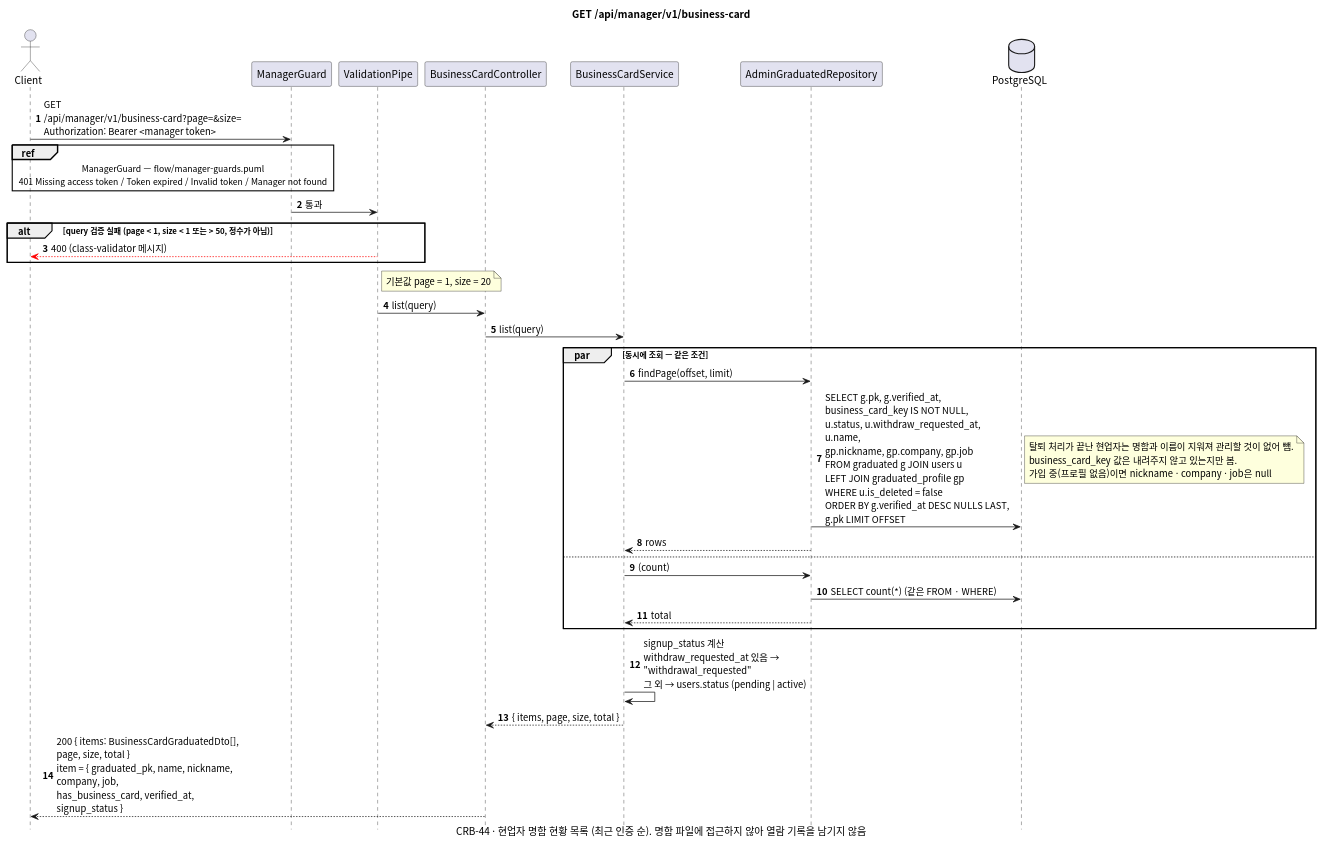
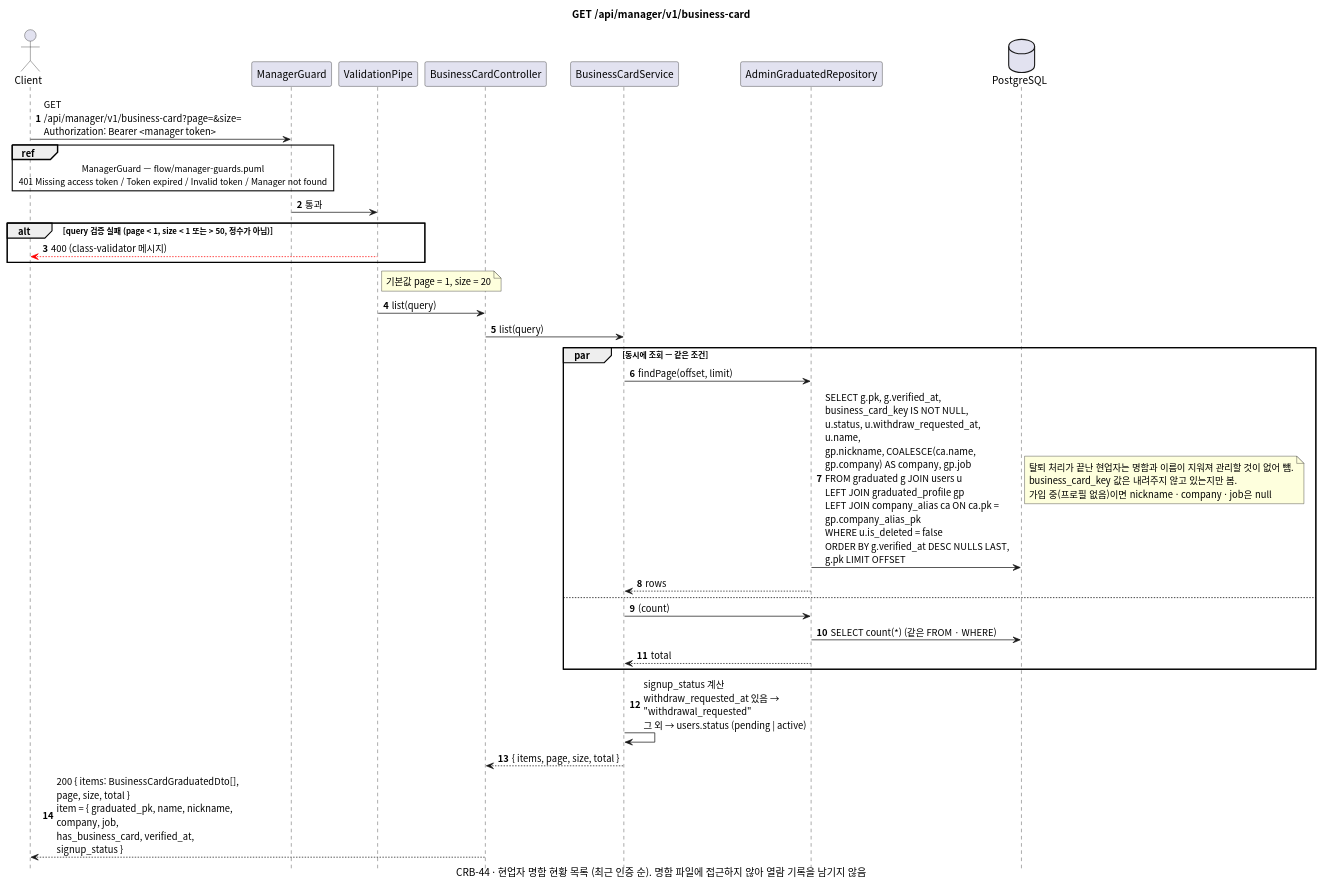
The diagram in docs/sequence/manager/get-business-card.puml (gsainfoteam/cheers-be), drawn with PlantUML before and after one commit. The commit also changed 18 other files, not shown here.

Commit message:
- docs: add company sequence diagrams (CRB-68)

```diff
--- a/docs/sequence/manager/get-business-card.puml
+++ b/docs/sequence/manager/get-business-card.puml
@@ -1,51 +1,51 @@
 @startuml get-manager-business-card
 skinparam defaultFontName "Apple SD Gothic Neo", "Noto Sans CJK KR", sans-serif
 skinparam responseMessageBelowArrow true
 skinparam sequenceMessageAlign left
 skinparam maxMessageSize 260
 skinparam BoxPadding 8
 skinparam shadowing false
 autonumber
 hide footbox
 
 title GET /api/manager/v1/business-card
 caption CRB-44 · 현업자 명함 현황 목록 (최근 인증 순). 명함 파일에 접근하지 않아 열람 기록을 남기지 않음
 
 actor Client
 participant "ManagerGuard" as Guard
 participant "ValidationPipe" as Pipe
 participant "BusinessCardController" as Controller
 participant "BusinessCardService" as Service
 participant "AdminGraduatedRepository" as AdminGraduatedRepository
 database PostgreSQL
 
 Client -> Guard: GET /api/manager/v1/business-card?page=&size=\nAuthorization: Bearer <manager token>
 ref over Client, Guard: ManagerGuard — flow/manager-guards.puml\n401 Missing access token / Token expired / Invalid token / Manager not found
 Guard -> Pipe: 통과
 alt query 검증 실패 (page < 1, size < 1 또는 > 50, 정수가 아님)
   Pipe -[#red]-> Client: 400 (class-validator 메시지)
 end
 note right of Pipe: 기본값 page = 1, size = 20
 Pipe -> Controller: list(query)
 Controller -> Service: list(query)
 
 par 동시에 조회 — 같은 조건
   Service -> AdminGraduatedRepository: findPage(offset, limit)
-  AdminGraduatedRepository -> PostgreSQL: SELECT g.pk, g.verified_at, business_card_key IS NOT NULL,\nu.status, u.withdraw_requested_at, u.name,\ngp.nickname, gp.company, gp.job\nFROM graduated g JOIN users u\nLEFT JOIN graduated_profile gp\nWHERE u.is_deleted = false\nORDER BY g.verified_at DESC NULLS LAST, g.pk LIMIT OFFSET
+  AdminGraduatedRepository -> PostgreSQL: SELECT g.pk, g.verified_at, business_card_key IS NOT NULL,\nu.status, u.withdraw_requested_at, u.name,\ngp.nickname, COALESCE(ca.name, gp.company) AS company, gp.job\nFROM graduated g JOIN users u\nLEFT JOIN graduated_profile gp\nLEFT JOIN company_alias ca ON ca.pk = gp.company_alias_pk\nWHERE u.is_deleted = false\nORDER BY g.verified_at DESC NULLS LAST, g.pk LIMIT OFFSET
   note right
     탈퇴 처리가 끝난 현업자는 명함과 이름이 지워져 관리할 것이 없어 뺌.
     business_card_key 값은 내려주지 않고 있는지만 봄.
     가입 중(프로필 없음)이면 nickname · company · job은 null
   end note
   AdminGraduatedRepository --> Service: rows
 else
   Service -> AdminGraduatedRepository: (count)
   AdminGraduatedRepository -> PostgreSQL: SELECT count(*) (같은 FROM · WHERE)
   AdminGraduatedRepository --> Service: total
 end
 
 Service -> Service: signup_status 계산\nwithdraw_requested_at 있음 → "withdrawal_requested"\n그 외 → users.status (pending | active)
 Service --> Controller: { items, page, size, total }
 Controller --> Client: 200 { items: BusinessCardGraduatedDto[], page, size, total }\nitem = { graduated_pk, name, nickname, company, job,\nhas_business_card, verified_at, signup_status }
 
 @enduml
```
